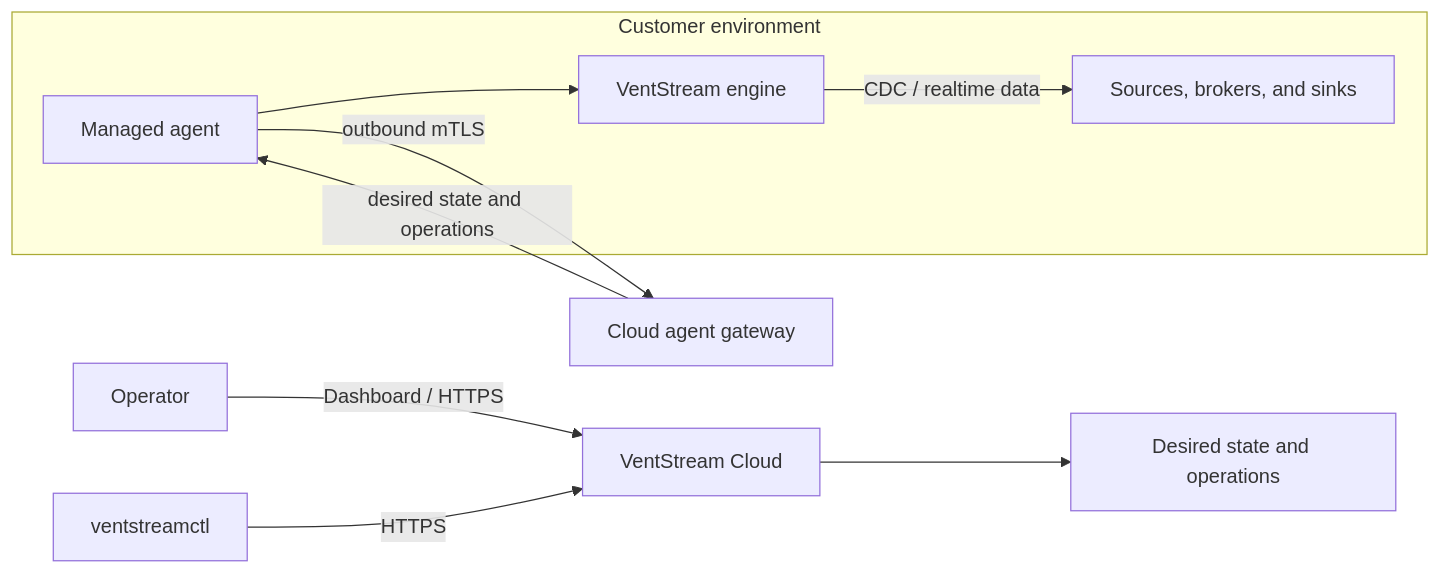
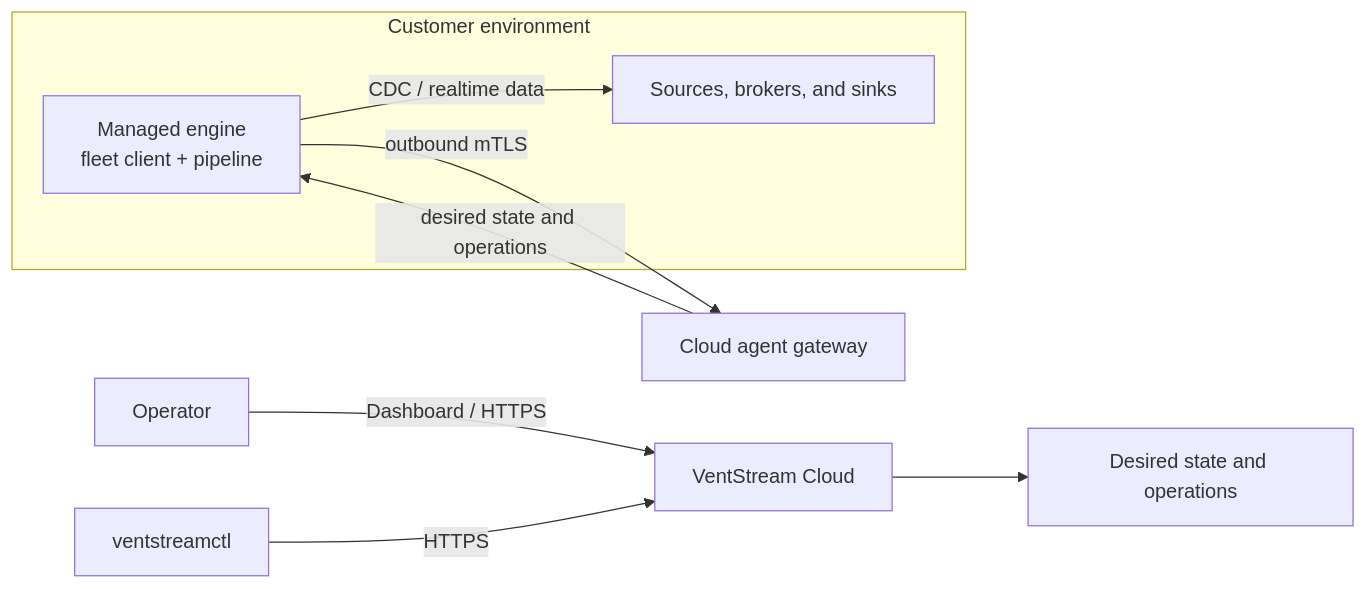
Before and after one commit to ventstream/ventstream: the diagram in docs-site/fleet/overview.mdx, drawn with Mermaid. The commit also changed other lines of this file and 26 other files, not shown here.

````diff
--- a/docs-site/fleet/overview.mdx
+++ b/docs-site/fleet/overview.mdx
@@ -16,15 +16,13 @@
 ```mermaid
 flowchart LR
   O[Operator] -->|Dashboard / HTTPS| API[VentStream Cloud]
   CLI[ventstreamctl] -->|HTTPS| API
   API --> OP[Desired state and operations]
   subgraph Customer environment
-    A[Managed agent]
-    E[VentStream engine]
+    E[Managed engine<br/>fleet client + pipeline]
     D[Sources, brokers, and sinks]
   end
-  A -->|outbound mTLS| G[Cloud agent gateway]
-  G -->|desired state and operations| A
-  A --> E
+  E -->|outbound mTLS| G[Cloud agent gateway]
+  G -->|desired state and operations| E
   E -->|CDC / realtime data| D
 ```
````
